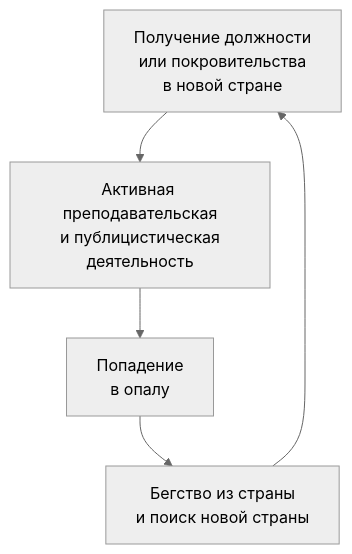
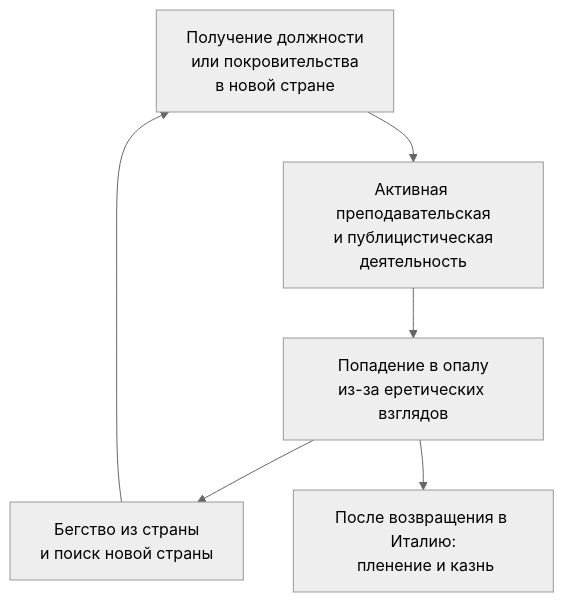
The diagram in README.md (maxidukov/test_md), drawn with Mermaid (neutral theme) before and after one commit. The commit also changed other lines of this file, not shown here.

````diff
--- a/README.md
+++ b/README.md
@@ -22,7 +26,8 @@
 ```mermaid
 graph TD;
     A[Получение должности<br />или покровительства<br />в новой стране]-->B;
     B[Активная преподавательская<br />и публицистическая<br />деятельность]-->C;
-    C[Попадение<br />в опалу]-->D;
+    C[Попадение в опалу<br />из-за еретических взглядов]-->D;
+    C-->E[После возвращения в Италию:<br /> пленение и казнь];
     D[Бегство из страны<br />и поиск новой страны]-->A;
 ```
````
